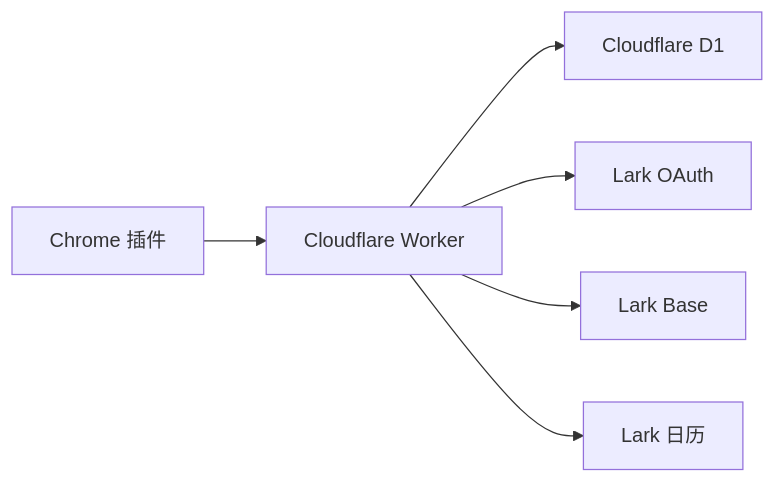
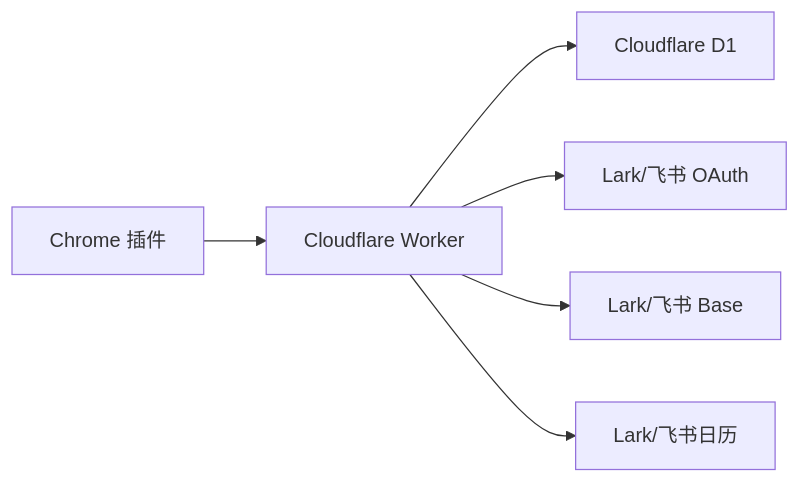
One commit to alanzeng423/reading-block-lark-cloud changed the diagram in README.zh-CN.md. Above: the diagram before and after it, drawn with Mermaid. The commit also changed other lines of this file and 11 other files, not shown here.

````diff
--- a/README.zh-CN.md
+++ b/README.zh-CN.md
@@ -19,8 +19,8 @@
 ```mermaid
 flowchart LR
   Chrome["Chrome 插件"] --> Worker["Cloudflare Worker"]
   Worker --> D1["Cloudflare D1"]
-  Worker --> OAuth["Lark OAuth"]
-  Worker --> Base["Lark Base"]
-  Worker --> Calendar["Lark 日历"]
+  Worker --> OAuth["Lark/飞书 OAuth"]
+  Worker --> Base["Lark/飞书 Base"]
+  Worker --> Calendar["Lark/飞书日历"]
 ```
````
